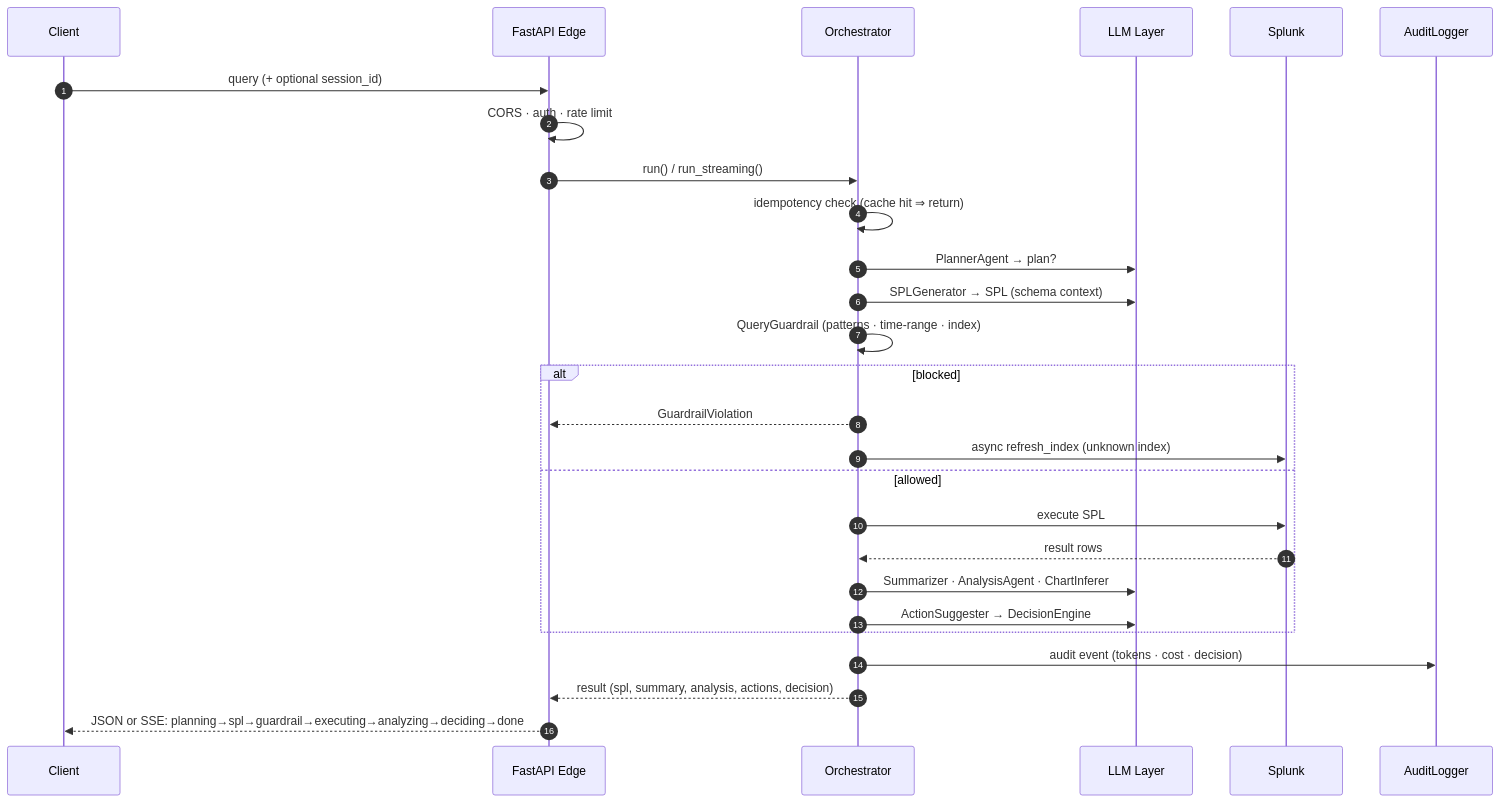
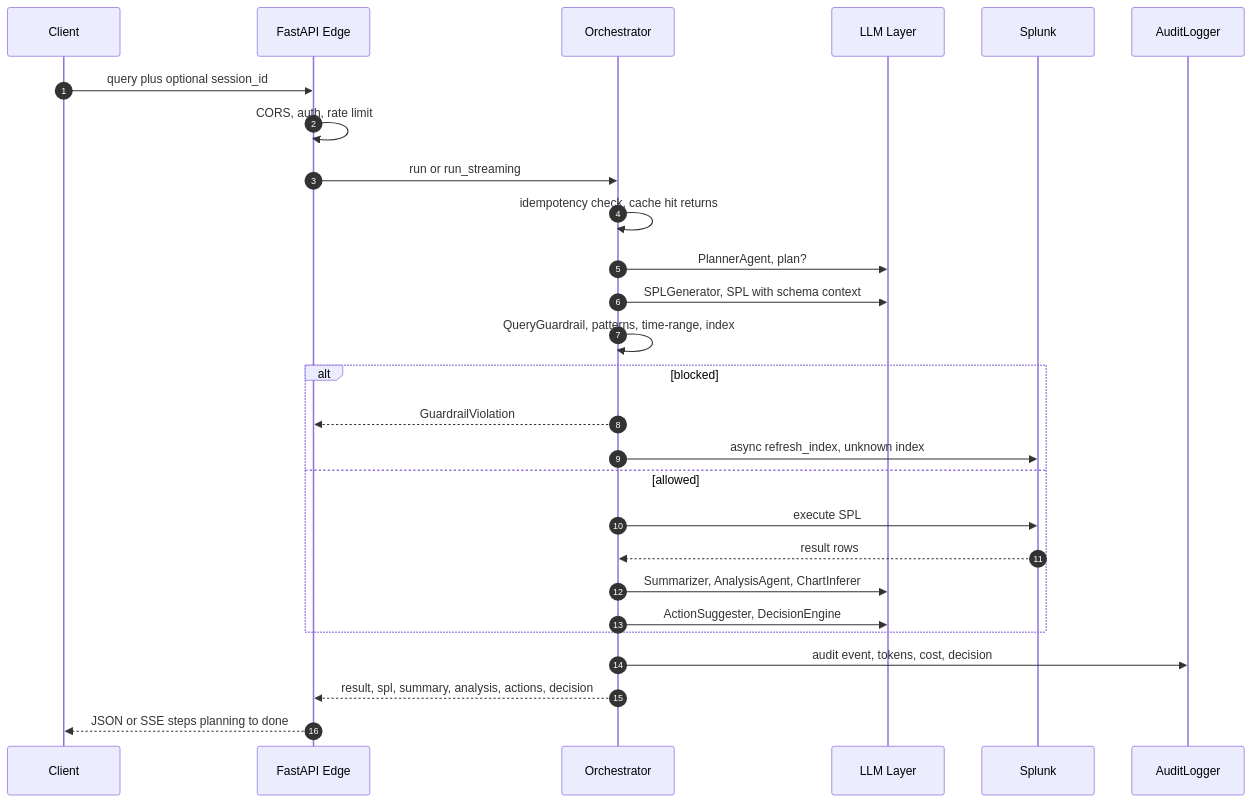
Before and after one commit to setuq-in/setuq: the third of 3 diagrams in README.md, drawn with Mermaid. The commit also changed other lines of this file, not shown here.

````diff
--- a/README.md
+++ b/README.md
@@ -229,30 +231,30 @@
 ```mermaid
 sequenceDiagram
     autonumber
     participant C as Client
     participant API as FastAPI Edge
     participant O as Orchestrator
     participant LLM as LLM Layer
     participant SP as Splunk
     participant A as AuditLogger
 
-    C->>API: query (+ optional session_id)
-    API->>API: CORS · auth · rate limit
-    API->>O: run() / run_streaming()
-    O->>O: idempotency check (cache hit ⇒ return)
-    O->>LLM: PlannerAgent → plan?
-    O->>LLM: SPLGenerator → SPL  (schema context)
-    O->>O: QueryGuardrail (patterns · time-range · index)
+    C->>API: query plus optional session_id
+    API->>API: CORS, auth, rate limit
+    API->>O: run or run_streaming
+    O->>O: idempotency check, cache hit returns
+    O->>LLM: PlannerAgent, plan?
+    O->>LLM: SPLGenerator, SPL with schema context
+    O->>O: QueryGuardrail, patterns, time-range, index
     alt blocked
         O-->>API: GuardrailViolation
-        O->>SP: async refresh_index (unknown index)
+        O->>SP: async refresh_index, unknown index
     else allowed
         O->>SP: execute SPL
         SP-->>O: result rows
-        O->>LLM: Summarizer · AnalysisAgent · ChartInferer
-        O->>LLM: ActionSuggester → DecisionEngine
+        O->>LLM: Summarizer, AnalysisAgent, ChartInferer
+        O->>LLM: ActionSuggester, DecisionEngine
     end
-    O->>A: audit event (tokens · cost · decision)
-    O-->>API: result (spl, summary, analysis, actions, decision)
-    API-->>C: JSON  or  SSE: planning→spl→guardrail→executing→analyzing→deciding→done
+    O->>A: audit event, tokens, cost, decision
+    O-->>API: result, spl, summary, analysis, actions, decision
+    API-->>C: JSON or SSE steps planning to done
 ```
````
